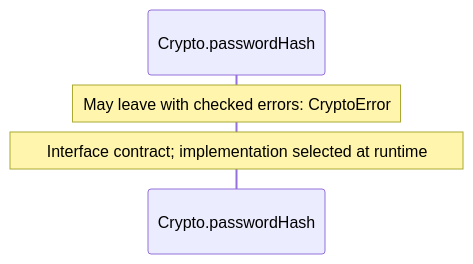
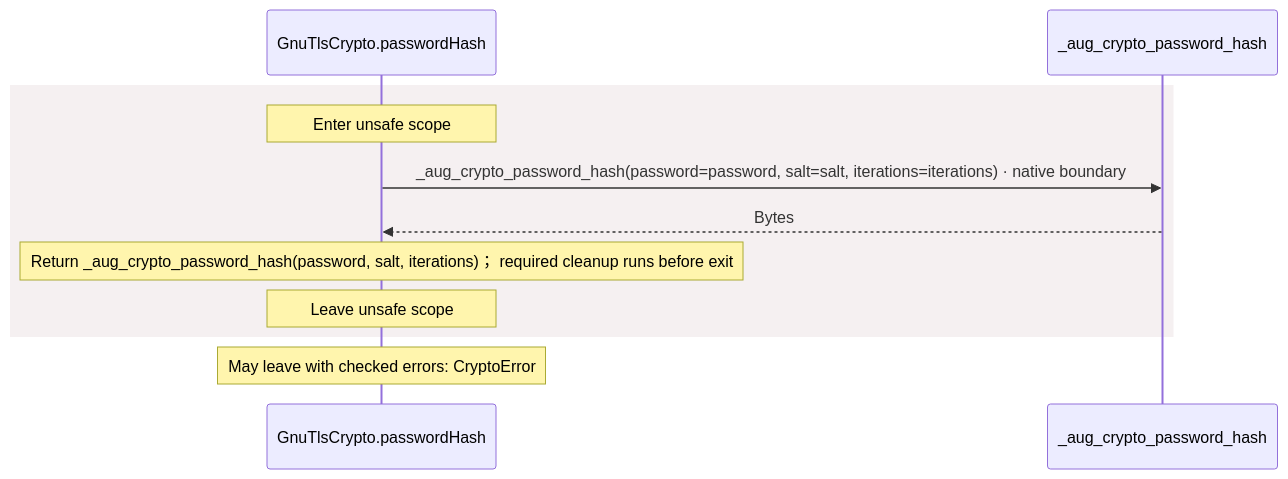
Before and after one commit to GreenPandaStudios/augscript: diagram 14 of 14 in docs/examples/oidc-login/dependencies/packages/@git/url_9ef654c66d34ab8f5527/0.0.0-git.b14a0f9aa41f1ce58bd51133bcdc424033e40d40/contracts-diagrams.md, drawn with Mermaid. The commit also changed other lines of this file and 524 other files, not shown here.

Commit message:
Explain checked data flow at folder and service levels

````diff
--- a/docs/examples/oidc-login/dependencies/packages/@git/url_9ef654c66d34ab8f5527/0.0.0-git.b14a0f9aa41f1ce58bd51133bcdc424033e40d40/contracts-diagrams.md
+++ b/docs/examples/oidc-login/dependencies/packages/@git/url_9ef654c66d34ab8f5527/0.0.0-git.b14a0f9aa41f1ce58bd51133bcdc424033e40d40/contracts-diagrams.md
@@ -255,7 +490,13 @@
 ```mermaid
 sequenceDiagram
-    participant p0 as Crypto.passwordHash
-
+    participant p0 as GnuTlsCrypto.passwordHash
+    participant p1 as _aug_crypto_password_hash
+    rect rgb(245, 240, 241)
+    Note over p0: Enter unsafe scope
+    p0->>p1: _aug_crypto_password_hash(password=password, salt=salt, iterations=iterations) · native boundary
+    p1-->>p0: Bytes
+    Note over p0: Return _aug_crypto_password_hash(password, salt, iterations)； required cleanup runs before exit
+    Note over p0: Leave unsafe scope
+    end
     Note over p0: May leave with checked errors: CryptoError
-    Note over p0: Interface contract#59; implementation selected at runtime
 ```
````
